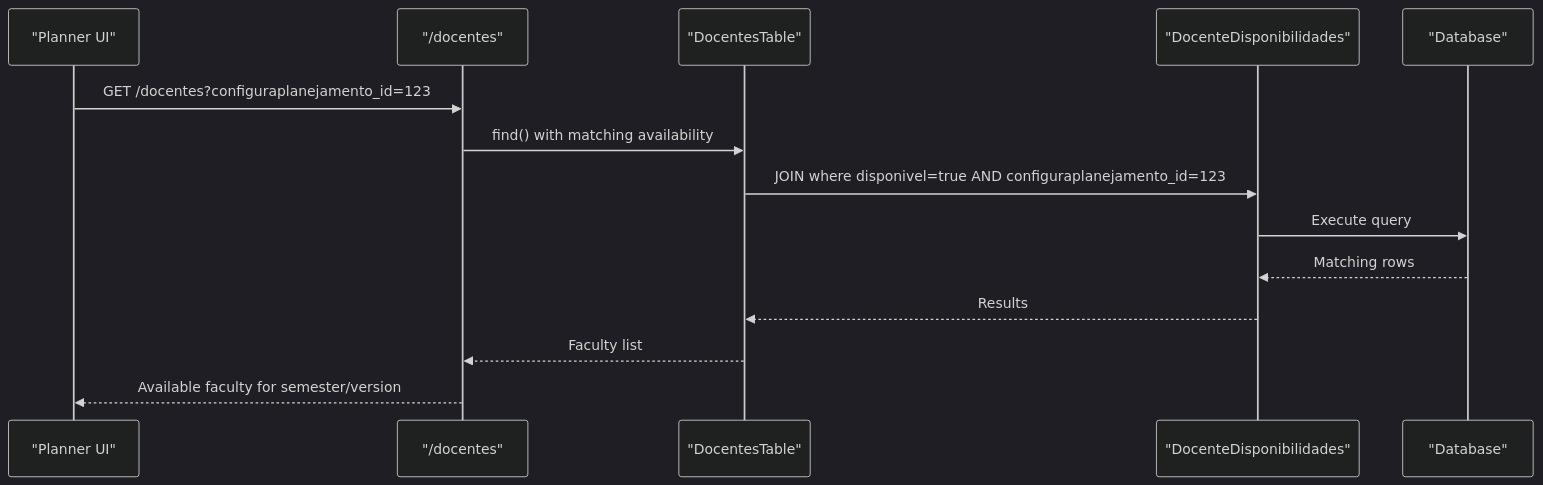
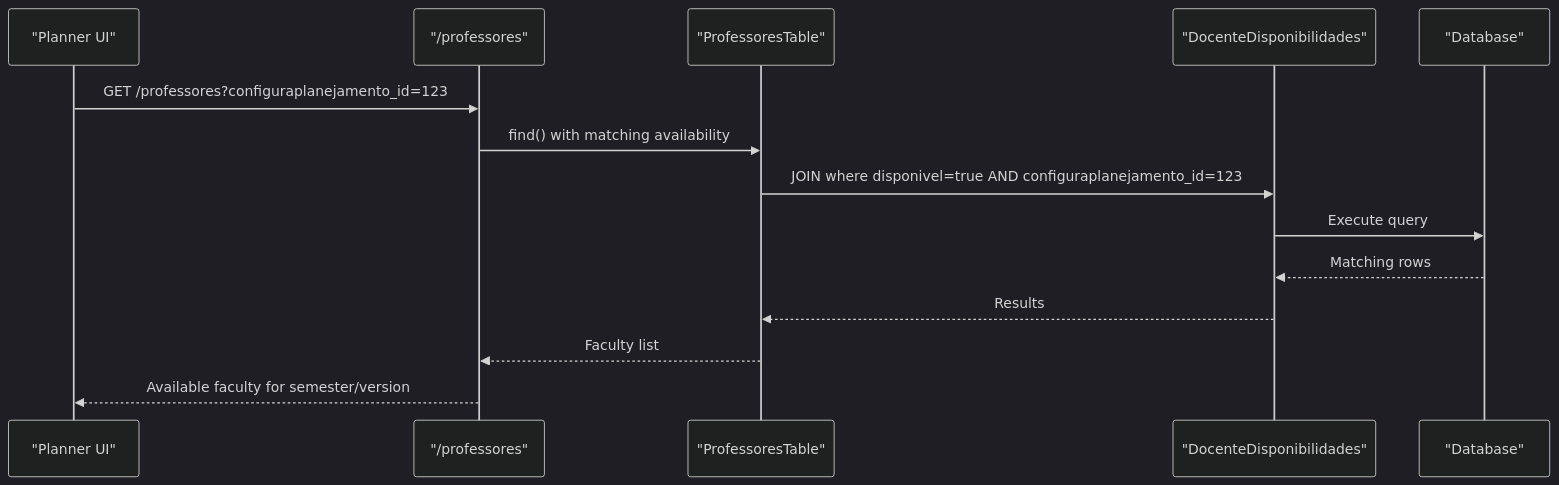
The fourth of 5 diagrams in .qoder/repowiki/en/content/API Reference/Faculty Management API.md (luiseduacosta/planejamento5), drawn with Mermaid (dark theme) before and after one commit. The commit also changed other lines of this file and 37 other files, not shown here.

Commit message:
repowiki: rename Docentes → Professores in metadata

````diff
--- a/.qoder/repowiki/en/content/API Reference/Faculty Management API.md
+++ b/.qoder/repowiki/en/content/API Reference/Faculty Management API.md
@@ -370,16 +370,16 @@
 ```mermaid
 sequenceDiagram
 participant Planner as "Planner UI"
-participant API as "/docentes"
-participant Model as "DocentesTable"
+participant API as "/professores"
+participant Model as "ProfessoresTable"
 participant Avail as "DocenteDisponibilidades"
 participant DB as "Database"
-Planner->>API : GET /docentes?configuraplanejamento_id=123
+Planner->>API : GET /professores?configuraplanejamento_id=123
 API->>Model : find() with matching availability
 Model->>Avail : JOIN where disponivel=true AND configuraplanejamento_id=123
 Avail->>DB : Execute query
 DB-->>Avail : Matching rows
 Avail-->>Model : Results
 Model-->>API : Faculty list
 API-->>Planner : Available faculty for semester/version
 ```
````
